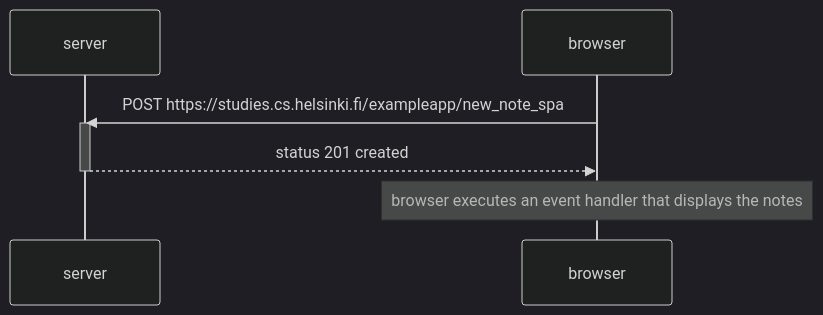
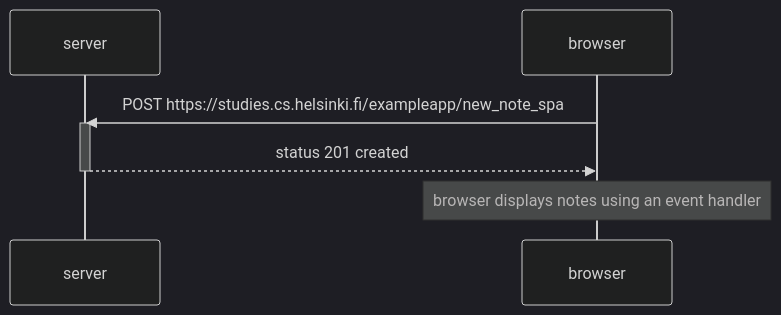
The diagram in part0/0.6/spa_new_note.mmd (RubenKingCP/fullstackopen), drawn with Mermaid (dark theme) before and after one commit. The commit also changed other lines of this file and 1 other file, not shown here.

```diff
--- a/part0/0.6/spa_new_note.mmd
+++ b/part0/0.6/spa_new_note.mmd
@@ -1,10 +1,10 @@
 sequenceDiagram
     participant server
     participant browser
 
     browser->>server: POST	https://studies.cs.helsinki.fi/exampleapp/new_note_spa
     activate server
     server-->>browser: status 201 created
     deactivate server
 
-    Note over browser: browser executes an event handler that displays the notes
+    Note over browser: browser displays notes using an event handler
```
